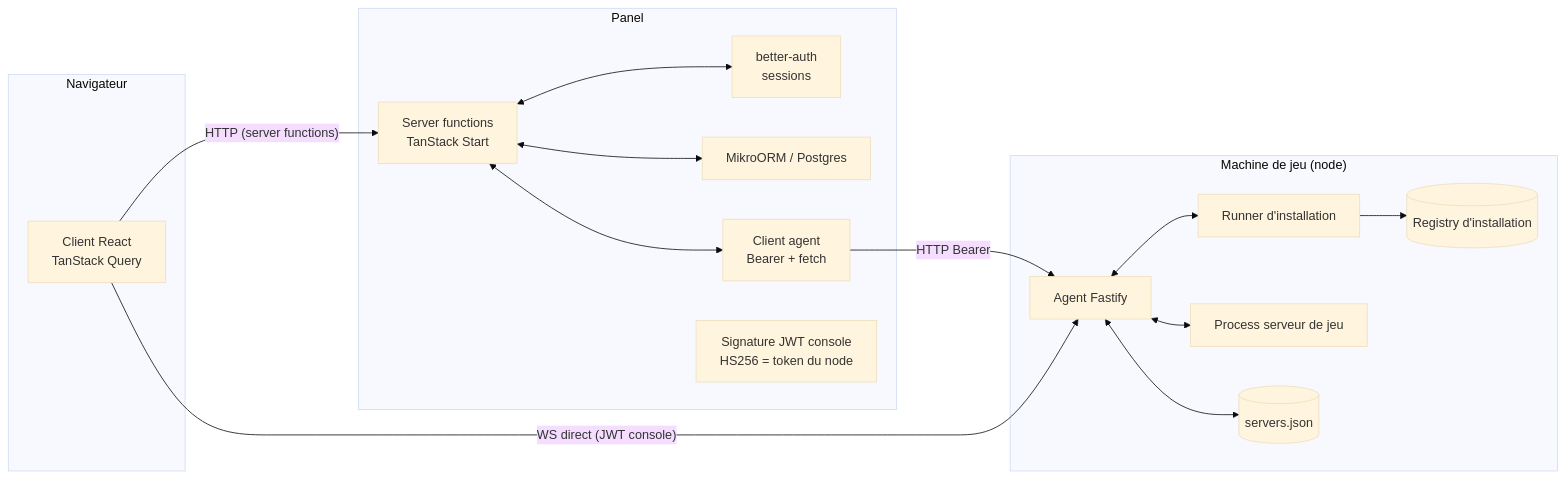
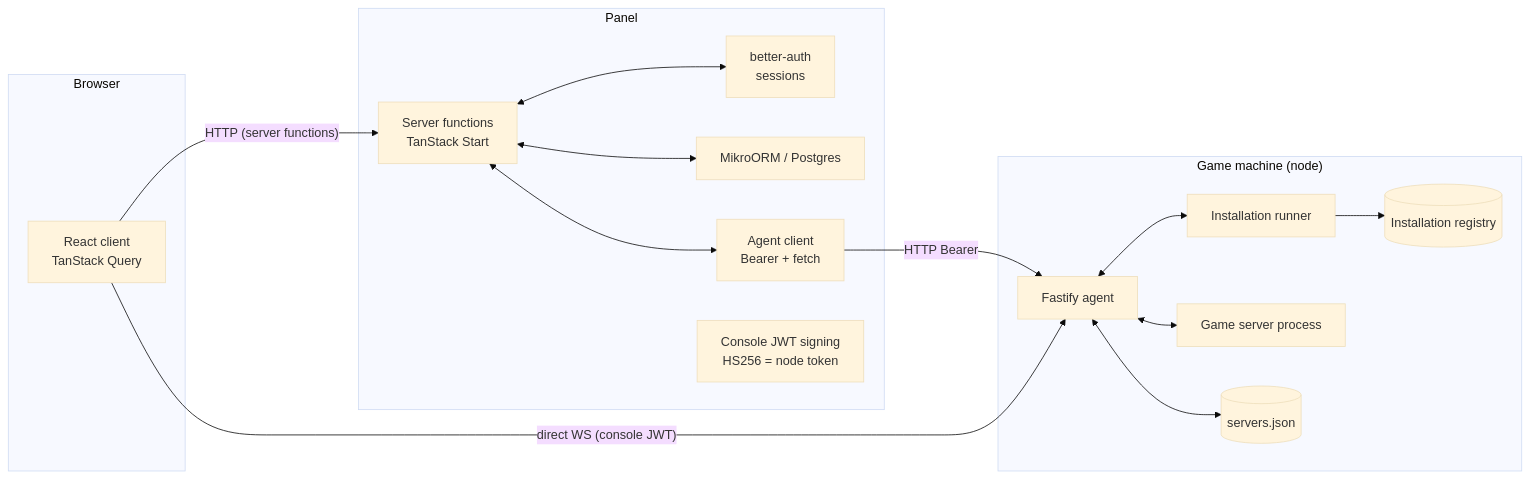
The first of 9 diagrams in docs/communications.md (mojito-panel/panel), drawn with Mermaid (base theme) before and after one commit. The commit also changed other lines of this file and 81 other files, not shown here.

````diff
--- a/docs/communications.md
+++ b/docs/communications.md
@@ -15,31 +15,31 @@
 ```mermaid
 graph LR
-    subgraph Navigateur
-        UI[Client React<br/>TanStack Query]
+    subgraph Browser
+        UI[React client<br/>TanStack Query]
     end
     subgraph Panel
         SFN[Server functions<br/>TanStack Start]
         AUTH[better-auth<br/>sessions]
         ORM[MikroORM / Postgres]
-        AGENTC[Client agent<br/>Bearer + fetch]
-        JWT[Signature JWT console<br/>HS256 = token du node]
+        AGENTC[Agent client<br/>Bearer + fetch]
+        JWT[Console JWT signing<br/>HS256 = node token]
     end
-    subgraph "Machine de jeu (node)"
-        AG[Agent Fastify]
-        RUN[Runner d'installation]
-        PROC[Process serveur de jeu]
-        REG[(Registry d'installation)]
+    subgraph "Game machine (node)"
+        AG[Fastify agent]
+        RUN[Installation runner]
+        PROC[Game server process]
+        REG[(Installation registry)]
         STORE[(servers.json)]
     end
 
     UI -- "HTTP (server functions)" --> SFN
     SFN <--> AUTH
     SFN <--> ORM
     SFN <--> AGENTC
     AGENTC -- "HTTP Bearer" --> AG
-    UI -- "WS direct (JWT console)" --> AG
+    UI -- "direct WS (console JWT)" --> AG
     AG <--> RUN
     AG <--> PROC
     RUN --> REG
     AG <--> STORE
 ```
````
